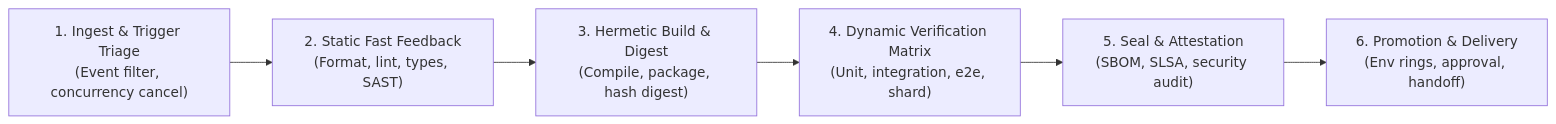
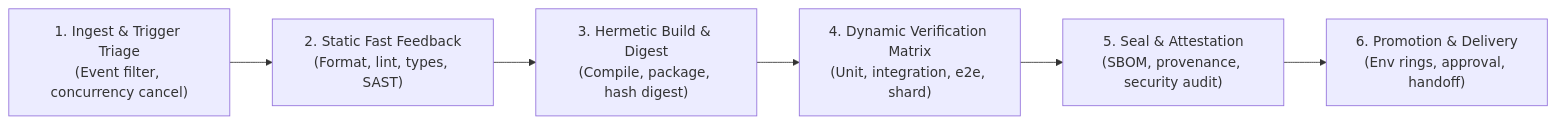
The diagram in .agents/skills/ci-cd/SKILL.md (gowtham2thrive/agent-grimoire), drawn with Mermaid before and after one commit. The commit also changed other lines of this file and 31 other files, not shown here.

````diff
--- a/.agents/skills/ci-cd/SKILL.md
+++ b/.agents/skills/ci-cd/SKILL.md
@@ -24,8 +24,8 @@
 ```mermaid
 flowchart LR
     P1["1. Ingest & Trigger Triage<br/>(Event filter, concurrency cancel)"] --> P2["2. Static Fast Feedback<br/>(Format, lint, types, SAST)"]
     P2 --> P3["3. Hermetic Build & Digest<br/>(Compile, package, hash digest)"]
     P3 --> P4["4. Dynamic Verification Matrix<br/>(Unit, integration, e2e, shard)"]
-    P4 --> P5["5. Seal & Attestation<br/>(SBOM, SLSA, security audit)"]
+    P4 --> P5["5. Seal & Attestation<br/>(SBOM, provenance, security audit)"]
     P5 --> P6["6. Promotion & Delivery<br/>(Env rings, approval, handoff)"]
 ```
````
